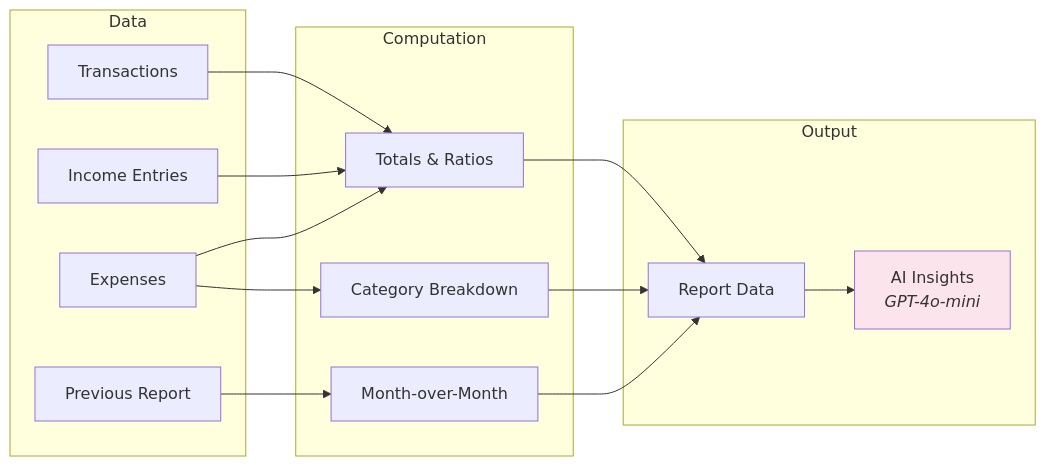
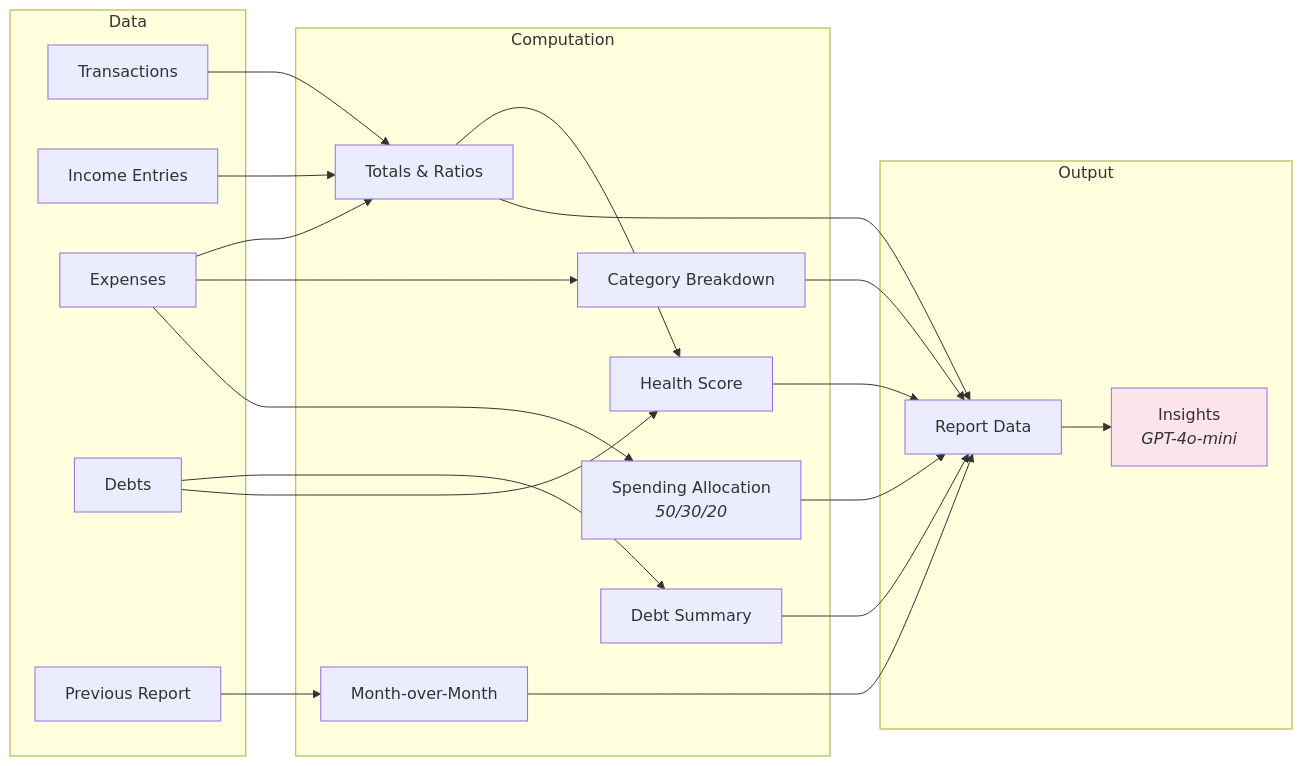
Before and after one commit to mjmitchell86/Spendoza: the eighth of 12 diagrams in README.md, drawn with Mermaid. The commit also changed other lines of this file, not shown here.

First line of the commit message:
docs: update README with accurate architecture, endpoints, and features

````diff
--- a/README.md
+++ b/README.md
@@ -250,32 +326,43 @@
 ```mermaid
 flowchart LR
     subgraph Data
         Txns[Transactions]
         Inc[Income Entries]
         Exp[Expenses]
+        Debts[Debts]
         Prev[Previous Report]
     end
 
     subgraph Computation
         Totals[Totals & Ratios]
         Categories[Category Breakdown]
+        Allocation[Spending Allocation<br/><i>50/30/20</i>]
+        Health[Health Score]
+        DebtSum[Debt Summary]
         MoM[Month-over-Month]
     end
 
     subgraph Output
         Report[Report Data]
-        Insights[AI Insights<br/><i>GPT-4o-mini</i>]
+        Insights[Insights<br/><i>GPT-4o-mini</i>]
     end
 
     Txns --> Totals
     Inc --> Totals
     Exp --> Totals
     Exp --> Categories
+    Exp --> Allocation
+    Debts --> DebtSum
+    Debts --> Health
+    Totals --> Health
     Prev --> MoM
     Totals --> Report
     Categories --> Report
+    Allocation --> Report
+    Health --> Report
+    DebtSum --> Report
     MoM --> Report
     Report --> Insights
 
     style Insights fill:#fce4ec
 ```
````
